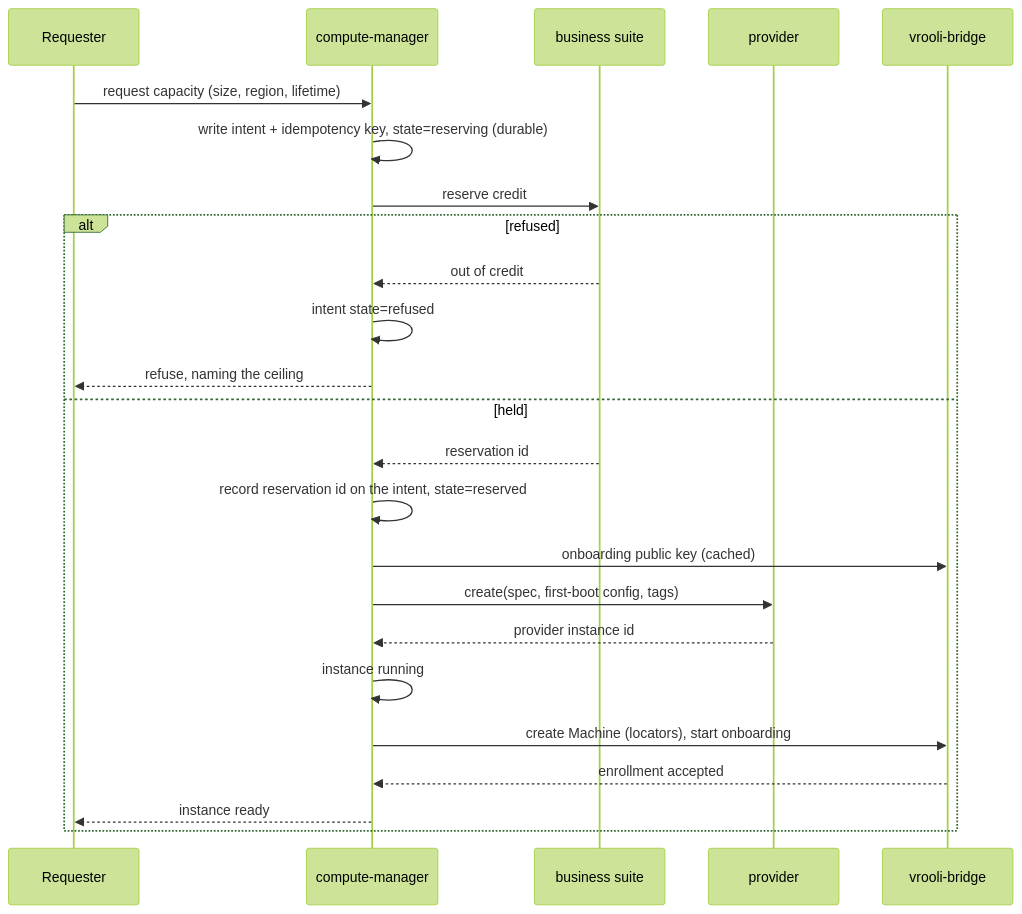
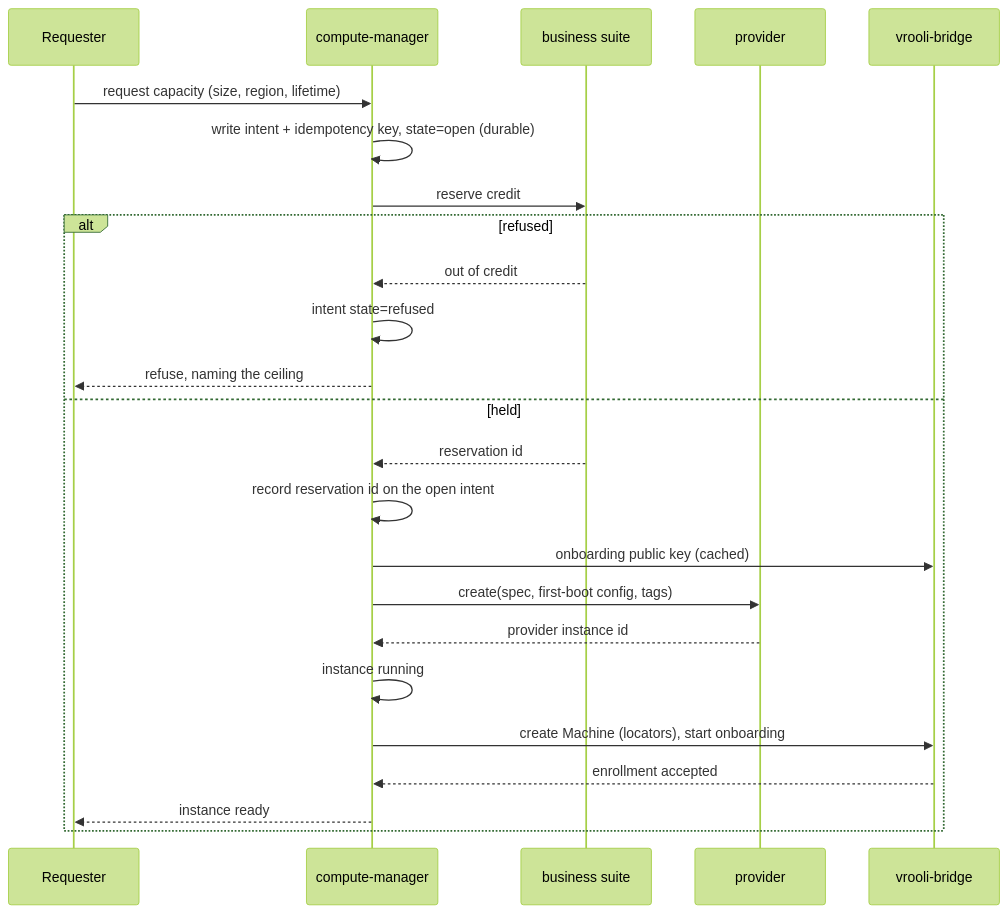
The first of 6 diagrams in scenarios/compute-manager/docs/concepts/FLOWS.md (Vrooli/Vrooli), drawn with Mermaid (forest theme) before and after one commit. The commit also changed other lines of this file and 156 other files, not shown here.

````diff
--- a/scenarios/compute-manager/docs/concepts/FLOWS.md
+++ b/scenarios/compute-manager/docs/concepts/FLOWS.md
@@ -31,27 +30,27 @@
 ```mermaid
 sequenceDiagram
     participant R as Requester
     participant CM as compute-manager
     participant LPBS as business suite
     participant P as provider
     participant B as vrooli-bridge
 
     R->>CM: request capacity (size, region, lifetime)
-    CM->>CM: write intent + idempotency key, state=reserving (durable)
+    CM->>CM: write intent + idempotency key, state=open (durable)
     CM->>LPBS: reserve credit
     alt refused
         LPBS-->>CM: out of credit
         CM->>CM: intent state=refused
         CM-->>R: refuse, naming the ceiling
     else held
         LPBS-->>CM: reservation id
-        CM->>CM: record reservation id on the intent, state=reserved
+        CM->>CM: record reservation id on the open intent
         CM->>B: onboarding public key (cached)
         CM->>P: create(spec, first-boot config, tags)
         P-->>CM: provider instance id
         CM->>CM: instance running
         CM->>B: create Machine (locators), start onboarding
         B-->>CM: enrollment accepted
         CM-->>R: instance ready
     end
 ```
````
